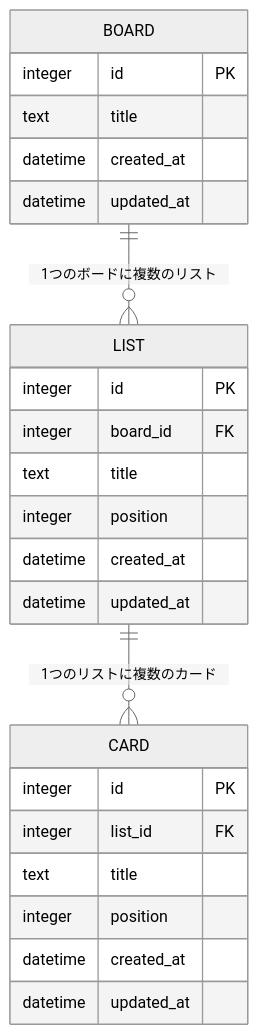
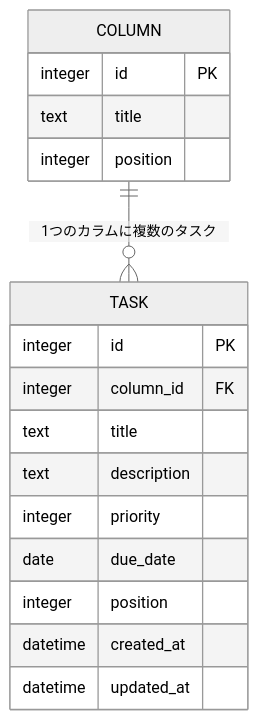
One commit to nyshou13-gif/taskmanagement changed the diagram in docs/database.md. Above: the diagram before and after it, drawn with Mermaid (neutral theme). The commit also changed other lines of this file and 7 other files, not shown here.

First line of the commit message:
Update requirements to TaskBoard spec and add browser mockup

````diff
--- a/docs/database.md
+++ b/docs/database.md
@@ -7,28 +7,21 @@
 ```mermaid
 erDiagram
-    BOARD ||--o{ LIST : "1つのボードに複数のリスト"
-    LIST ||--o{ CARD : "1つのリストに複数のカード"
+    COLUMN ||--o{ TASK : "1つのカラムに複数のタスク"
 
-    BOARD {
+    COLUMN {
         integer id PK
         text title
-        datetime created_at
-        datetime updated_at
+        integer position
     }
-    LIST {
+    TASK {
         integer id PK
-        integer board_id FK
+        integer column_id FK
         text title
-        integer position
-        datetime created_at
-        datetime updated_at
-    }
-    CARD {
-        integer id PK
-        integer list_id FK
-        text title
+        text description
+        integer priority
+        date due_date
         integer position
         datetime created_at
         datetime updated_at
     }
 ```
````
